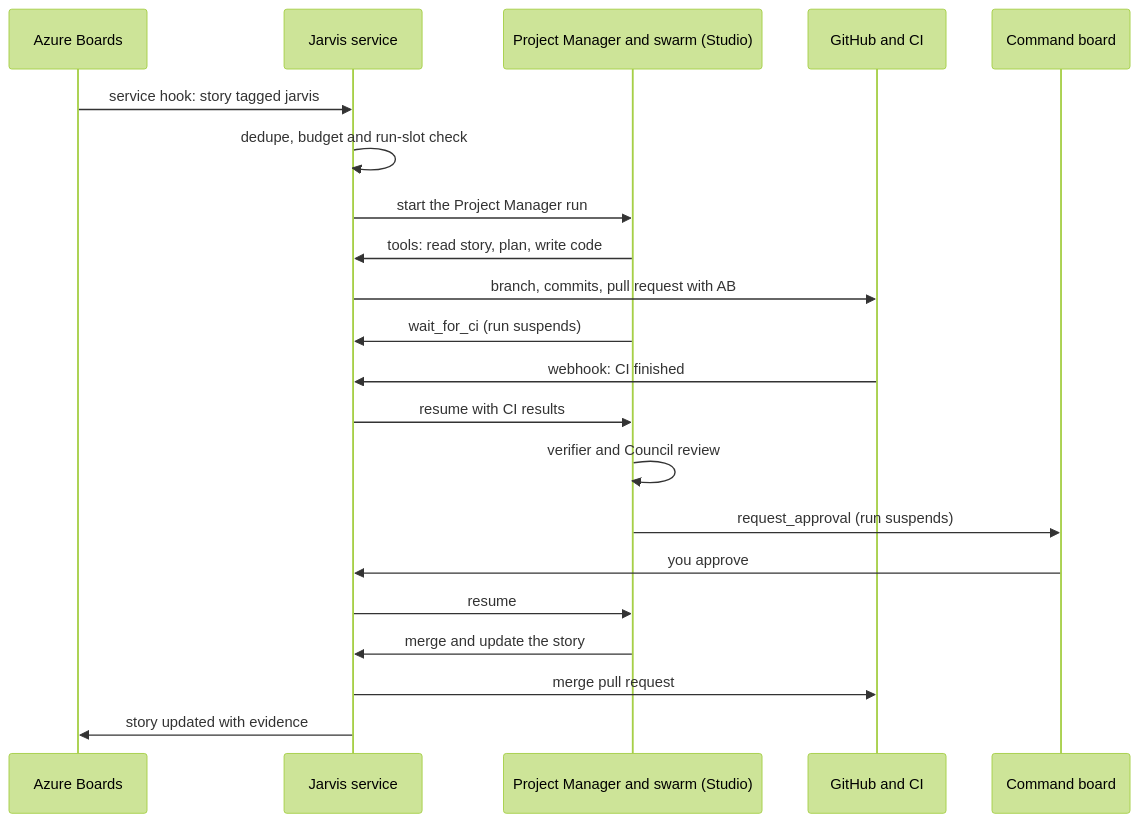
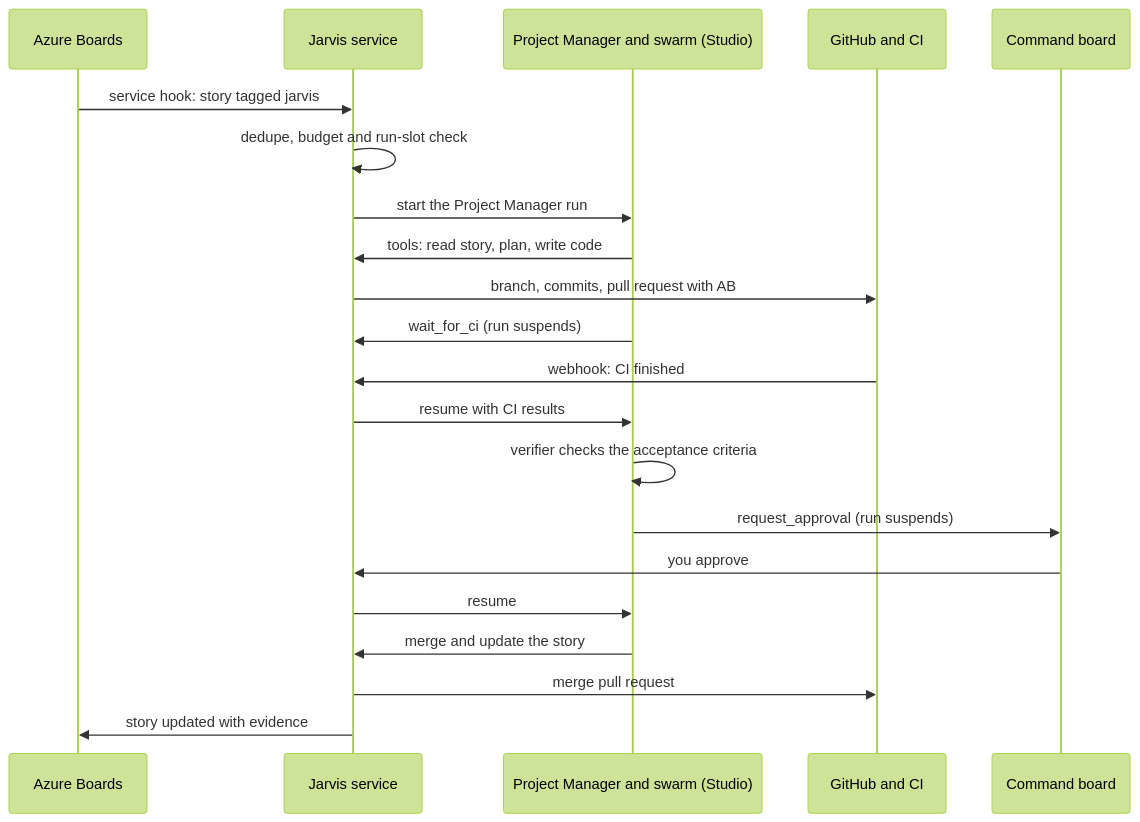
Before and after one commit to Roberto-Trimble/project_jarvis_headquarter: the second of 7 diagrams in docs/PROJECT_JARVIS.md, drawn with Mermaid (forest theme). The commit also changed other lines of this file and 10 other files, not shown here.

````diff
--- a/docs/PROJECT_JARVIS.md
+++ b/docs/PROJECT_JARVIS.md
@@ -82,23 +79,23 @@
 ```mermaid
 sequenceDiagram
     participant AB as Azure Boards
     participant J as Jarvis service
     participant PM as Project Manager and swarm (Studio)
     participant GH as GitHub and CI
     participant B as Command board
     AB->>J: service hook: story tagged jarvis
     J->>J: dedupe, budget and run-slot check
     J->>PM: start the Project Manager run
     PM->>J: tools: read story, plan, write code
     J->>GH: branch, commits, pull request with AB#id
     PM->>J: wait_for_ci (run suspends)
     GH->>J: webhook: CI finished
     J->>PM: resume with CI results
-    PM->>PM: verifier and Council review
+    PM->>PM: verifier checks the acceptance criteria
     PM->>B: request_approval (run suspends)
     B->>J: you approve
     J->>PM: resume
     PM->>J: merge and update the story
     J->>GH: merge pull request
     J->>AB: story updated with evidence
 ```
````
